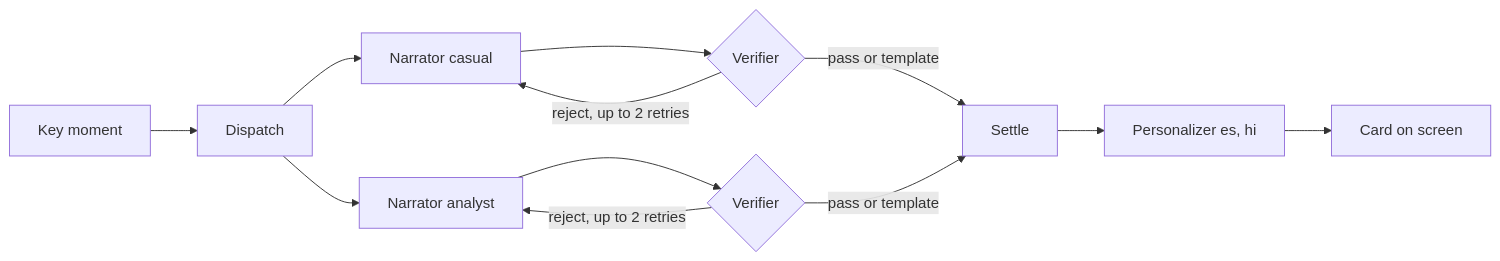
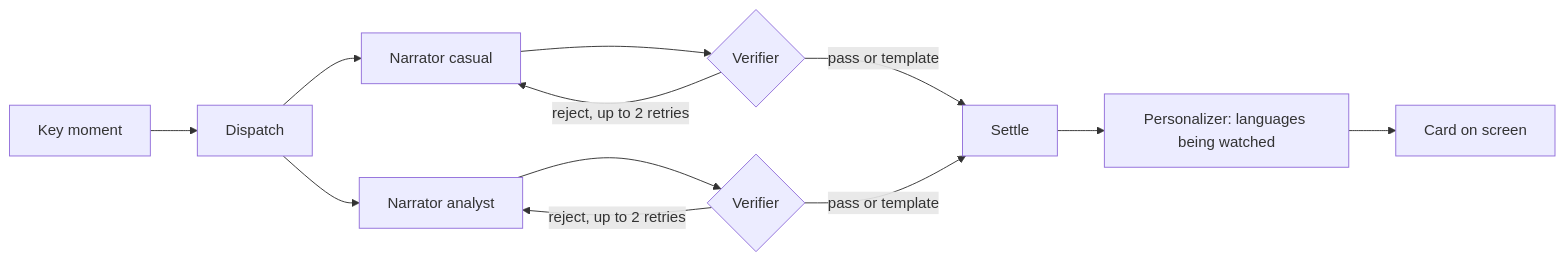
The diagram in README.md (niranjanthiyagarajan10-pixel/gameday-intelligence), drawn with Mermaid before and after one commit. The commit also changed other lines of this file and 3 other files, not shown here.

Commit message:
End to end architecture diagram, judging guide, submission pitch and checklist, README brought up to date

````diff
--- a/README.md
+++ b/README.md
@@ -150,9 +178,9 @@
 ```mermaid
 flowchart LR
   M[Key moment] --> D[Dispatch]
   D --> NC[Narrator casual] --> V1{Verifier} -->|pass or template| S[Settle]
   D --> NA[Narrator analyst] --> V2{Verifier} -->|pass or template| S
   V1 -->|reject, up to 2 retries| NC
   V2 -->|reject, up to 2 retries| NA
-  S --> P[Personalizer es, hi] --> C[Card on screen]
+  S --> P[Personalizer: languages being watched] --> C[Card on screen]
 ```
````
